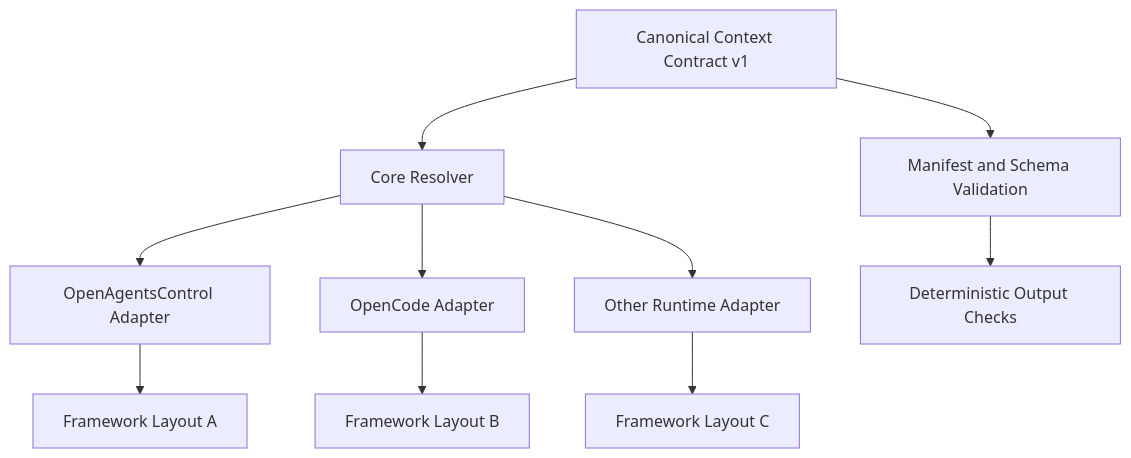
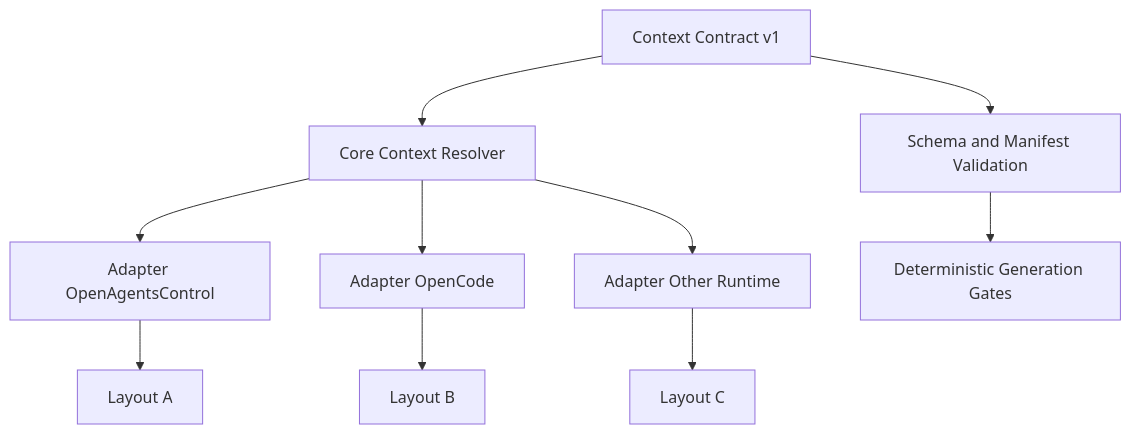
One commit to digi4care/opencode-mastery changed the second of 5 diagrams in docs/project/framework-agnostic-analysis-plan.md. Above: the diagram before and after it, drawn with Mermaid. The commit also changed other lines of this file and 2 other files, not shown here.

````diff
--- a/docs/project/framework-agnostic-analysis-plan.md
+++ b/docs/project/framework-agnostic-analysis-plan.md
@@ -159,12 +484,12 @@
 ```mermaid
 flowchart TD
-  A[Canonical Context Contract v1] --> B[Core Resolver]
-  B --> C1[OpenAgentsControl Adapter]
-  B --> C2[OpenCode Adapter]
-  B --> C3[Other Runtime Adapter]
-  C1 --> D1[Framework Layout A]
-  C2 --> D2[Framework Layout B]
-  C3 --> D3[Framework Layout C]
-  A --> E[Manifest and Schema Validation]
-  E --> F[Deterministic Output Checks]
+  A[Context Contract v1] --> B[Core Context Resolver]
+  B --> C1[Adapter OpenAgentsControl]
+  B --> C2[Adapter OpenCode]
+  B --> C3[Adapter Other Runtime]
+  C1 --> D1[Layout A]
+  C2 --> D2[Layout B]
+  C3 --> D3[Layout C]
+  A --> E[Schema and Manifest Validation]
+  E --> F[Deterministic Generation Gates]
 ```
````
